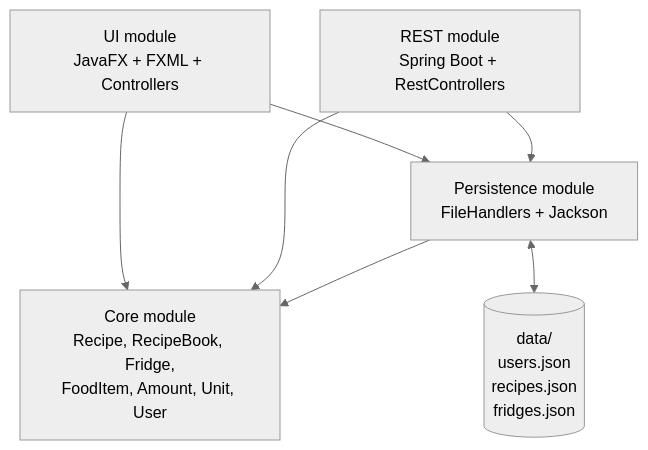
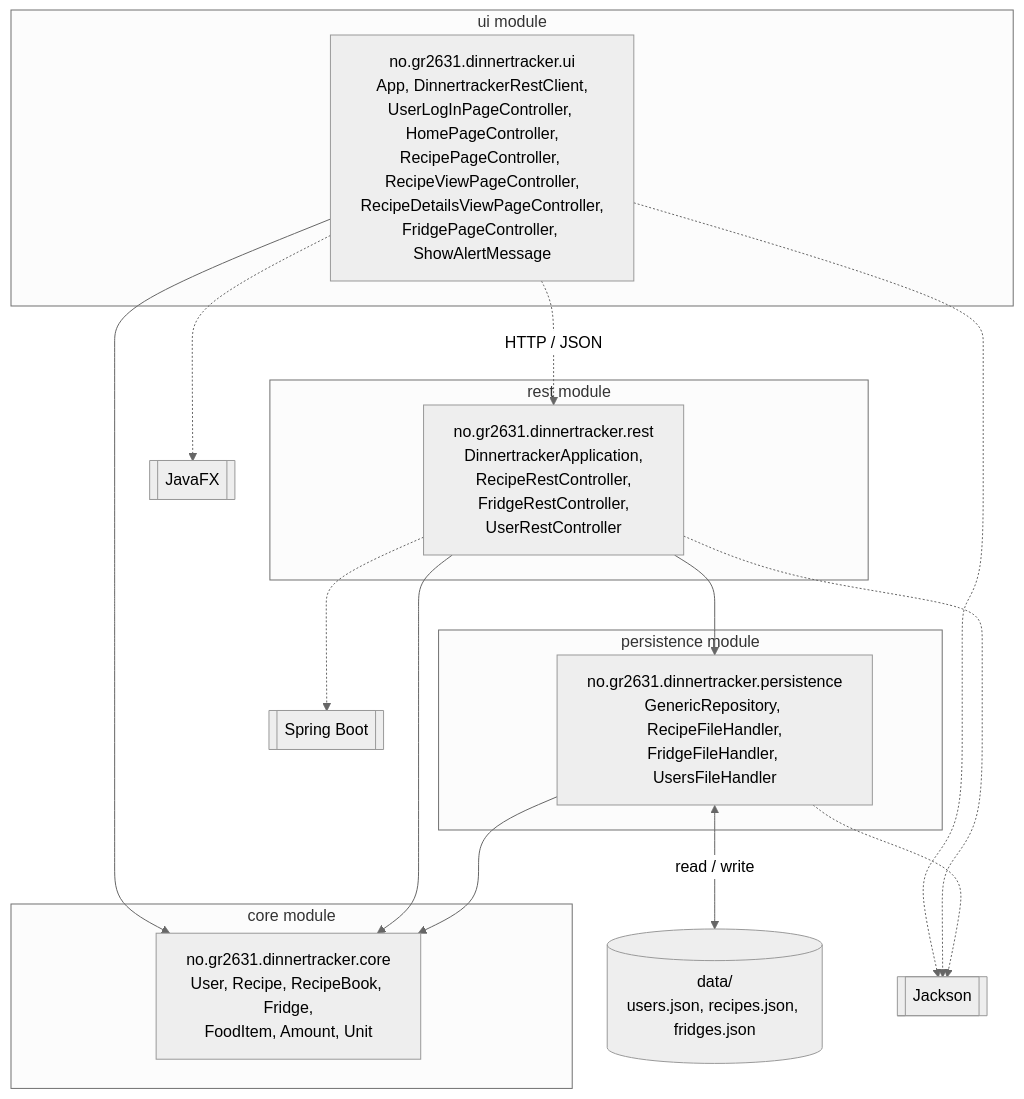
Before and after one commit to jasmingolzari/Dinnertracker: the diagram in docs/release3/architecture.md, drawn with Mermaid (neutral theme). The commit also changed other lines of this file and 1 other file, not shown here.

Commit message:
docs: move release3 architecture.md to docs/release3

```diff
--- a/docs/release3/architecture.md
+++ b/docs/release3/architecture.md
@@ -20,15 +25,31 @@
 ~~~mermaid
-flowchart TD
-    UI[UI module<br/>JavaFX + FXML + Controllers]
-    REST[REST module<br/>Spring Boot + RestControllers]
-    PERSISTENCE[Persistence module<br/>FileHandlers + Jackson]
-    CORE[Core module<br/>Recipe, RecipeBook, Fridge,<br/>FoodItem, Amount, Unit, User]
-    JSON[(data/<br/>users.json<br/>recipes.json<br/>fridges.json)]
+flowchart TB
+  subgraph UI["ui module"]
+    U["no.gr2631.dinnertracker.ui<br/>App, DinnertrackerRestClient,<br/>UserLogInPageController, HomePageController,<br/>RecipePageController, RecipeViewPageController,<br/>RecipeDetailsViewPageController,<br/>FridgePageController, ShowAlertMessage"]
+  end
+  subgraph REST["rest module"]
+    R["no.gr2631.dinnertracker.rest<br/>DinnertrackerApplication,<br/>RecipeRestController,<br/>FridgeRestController,<br/>UserRestController"]
+  end
+  subgraph PERSISTENCE["persistence module"]
+    P["no.gr2631.dinnertracker.persistence<br/>GenericRepository, RecipeFileHandler,<br/>FridgeFileHandler, UsersFileHandler"]
+  end
+  subgraph CORE["core module"]
+    C["no.gr2631.dinnertracker.core<br/>User, Recipe, RecipeBook, Fridge,<br/>FoodItem, Amount, Unit"]
+  end
+  JSON[("data/<br/>users.json, recipes.json, fridges.json")]
+  FX[["JavaFX"]]
+  JACKSON[["Jackson"]]
+  SPRING[["Spring Boot"]]
 
-    UI --> CORE
-    UI --> PERSISTENCE
-    REST --> CORE
-    REST --> PERSISTENCE
-    PERSISTENCE --> CORE
-    PERSISTENCE <--> JSON
+  U -.->|"HTTP / JSON"| R
+  U --> C
+  R --> C
+  R --> P
+  P --> C
+  P <-->|"read / write"| JSON
+  U -.-> FX
+  U -.-> JACKSON
+  R -.-> SPRING
+  R -.-> JACKSON
+  P -.-> JACKSON
 ~~~
```
